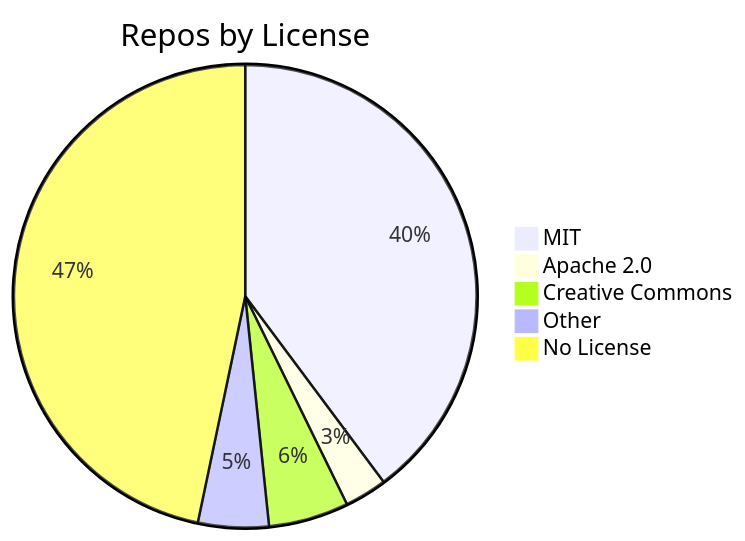
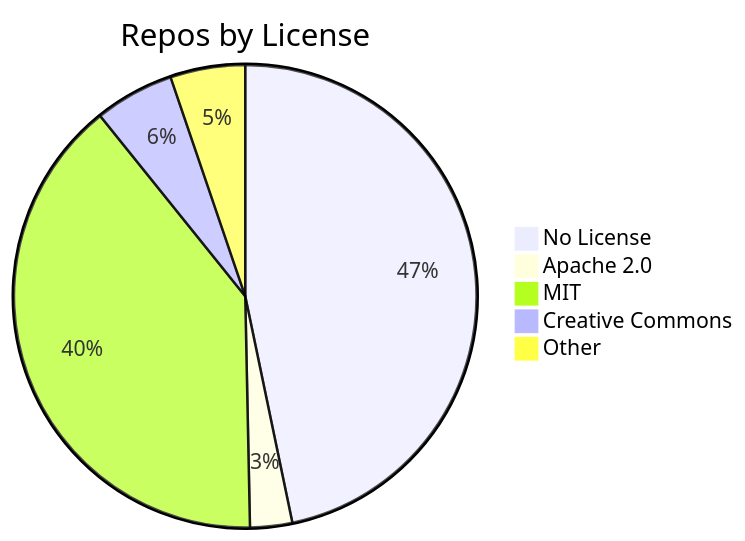
One commit to jpatterson933/awesome-mcp-server-repo-index changed the diagram in README.md. Above: the diagram before and after it, drawn with Mermaid. The commit also changed other lines of this file and 3 other files, not shown here.

````diff
--- a/README.md
+++ b/README.md
@@ -29,8 +29,8 @@
 ```mermaid
 pie title Repos by License
+    "No License" : 143
+    "Apache 2.0" : 9
     "MIT" : 121
-    "Apache 2.0" : 9
     "Creative Commons" : 17
-    "Other" : 15
-    "No License" : 142
+    "Other" : 16
 ```
````
